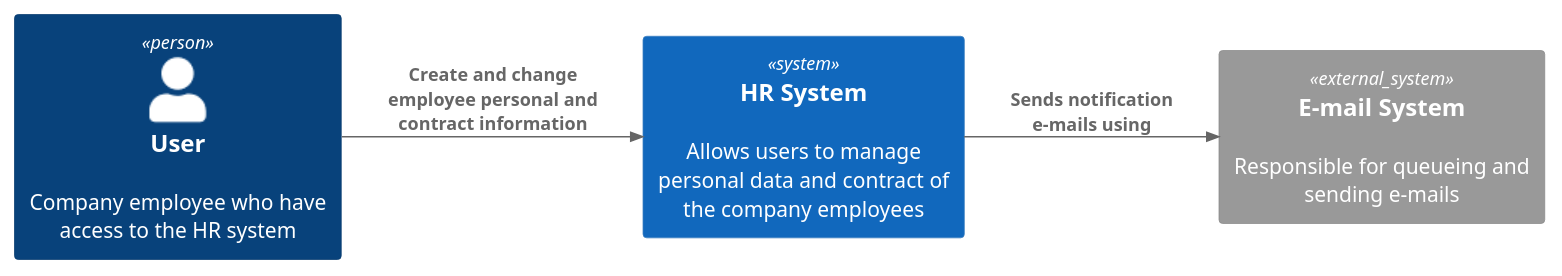
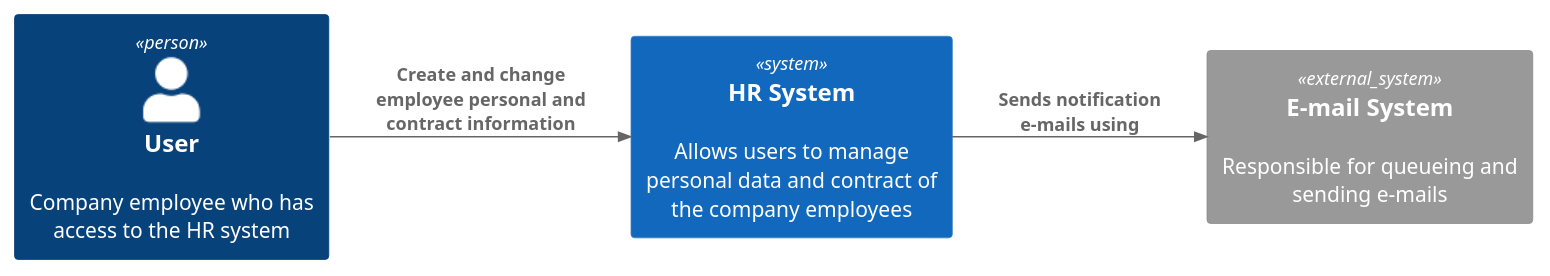
One commit to dgenezini/docs-sample changed the diagram in diagrams/c4/1-systemcontext.puml. Above: the diagram before and after it, drawn with PlantUML. The commit also changed 2 other files, not shown here.

```diff
--- a/diagrams/c4/1-systemcontext.puml
+++ b/diagrams/c4/1-systemcontext.puml
@@ -1,17 +1,14 @@
 @startuml C4_SystemContext
 
 !include <C4/C4_Context>
 
 left to right direction
 
-Person(user, "User", "Company employee who have access to the HR system")
-
+Person(user, "User", "Company employee who has access to the HR system")
 System(hrSystem, "HR System", "Allows users to manage personal data and contract of the company employees")
-
 System_Ext(emailSystem, "E-mail System", "Responsible for queueing and sending e-mails")
 
 Rel(user, hrSystem, "Create and change employee personal and contract information", "")
-
 Rel(hrSystem, emailSystem, "Sends notification e-mails using", "")
 
 @enduml
```
